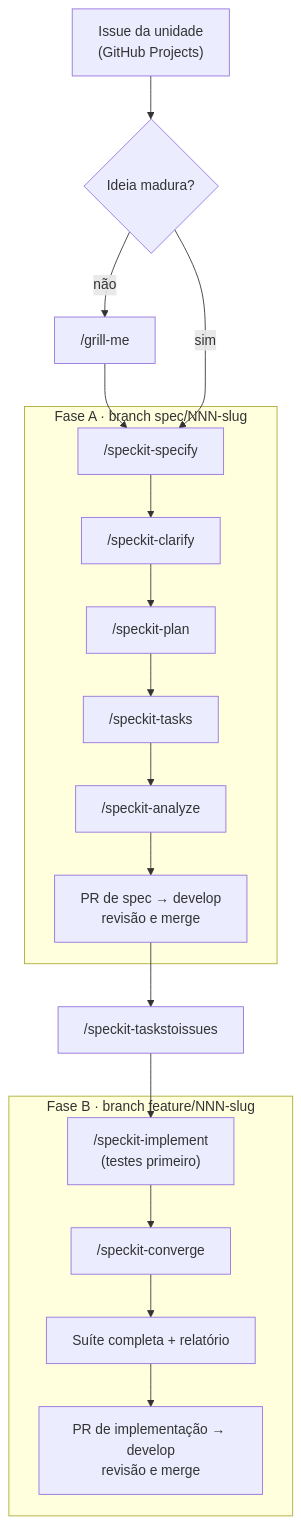
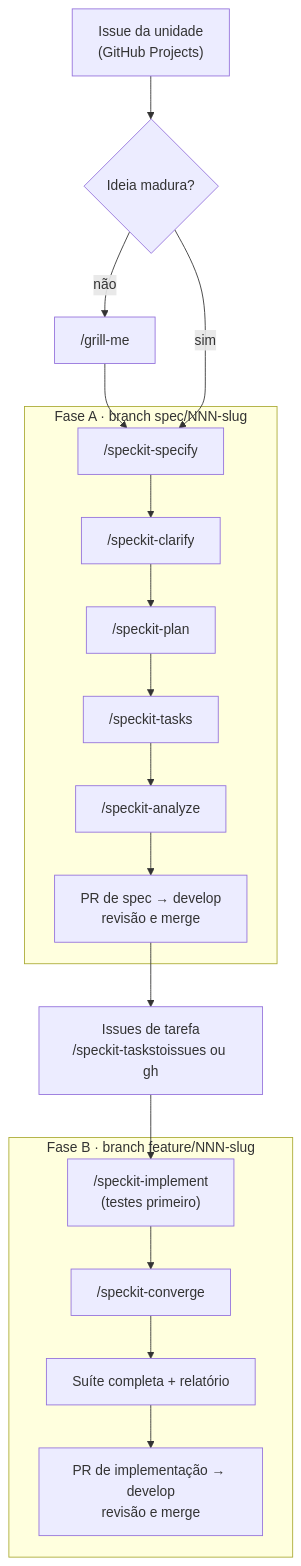
The first of 3 diagrams in docs/05-processo-sdd.md (GuidaGaita/bootcamp), drawn with Mermaid before and after one commit. The commit also changed other lines of this file and 3 other files, not shown here.

````diff
--- a/docs/05-processo-sdd.md
+++ b/docs/05-processo-sdd.md
@@ -27,20 +27,20 @@
 ```mermaid
 flowchart TD
   I["Issue da unidade<br/>(GitHub Projects)"] --> G{"Ideia madura?"}
   G -- "não" --> GM["/grill-me"] --> SA
   G -- "sim" --> SA
   subgraph A["Fase A · branch spec/NNN-slug"]
     SA["/speckit-specify"] --> CL["/speckit-clarify"]
     CL --> PL["/speckit-plan"]
     PL --> TK["/speckit-tasks"]
     TK --> AN["/speckit-analyze"]
     AN --> PRA["PR de spec → develop<br/>revisão e merge"]
   end
-  PRA --> TI["/speckit-taskstoissues"]
+  PRA --> TI["Issues de tarefa<br/>/speckit-taskstoissues ou gh"]
   TI --> IMP
   subgraph B["Fase B · branch feature/NNN-slug"]
     IMP["/speckit-implement<br/>(testes primeiro)"] --> CV["/speckit-converge"]
     CV --> TS["Suíte completa + relatório"]
     TS --> PRB["PR de implementação → develop<br/>revisão e merge"]
   end
 ```
````
